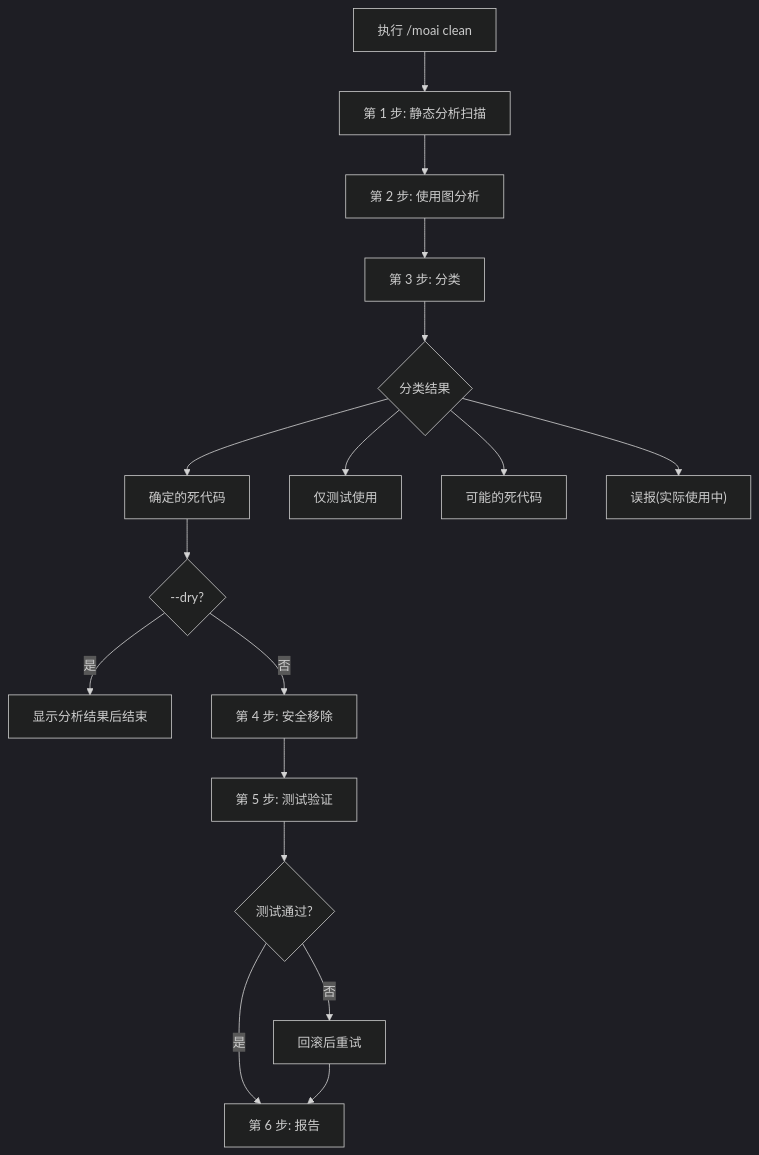
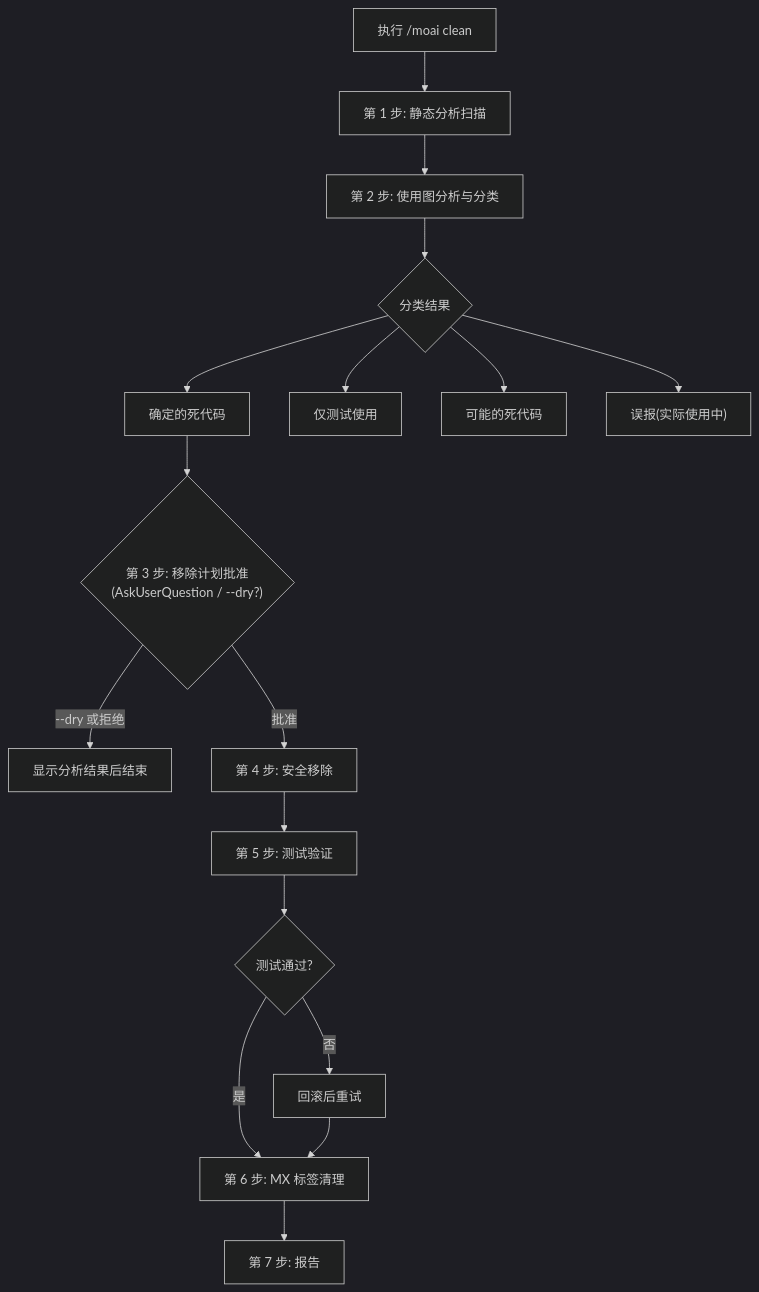
One commit to modu-ai/moai-adk changed the first of 2 diagrams in docs-site/content/zh/utility-commands/moai-clean.md. Above: the diagram before and after it, drawn with Mermaid (dark theme). The commit also changed other lines of this file and 86 other files, not shown here.

First line of the commit message:
docs(ossdocs): v3.1.1 doc-gap landing — 13-page x4-locale + mermaid fixes + version sync + backend-mix

````diff
--- a/docs-site/content/zh/utility-commands/moai-clean.md
+++ b/docs-site/content/zh/utility-commands/moai-clean.md
@@ -76,23 +76,22 @@
 ```mermaid
 flowchart TD
     Start["执行 /moai clean"] --> Phase1["第 1 步: 静态分析扫描"]
 
-    Phase1 --> Phase2["第 2 步: 使用图分析"]
-
-    Phase2 --> Phase3["第 3 步: 分类"]
-    Phase3 --> Classify{"分类结果"}
+    Phase1 --> Phase2["第 2 步: 使用图分析与分类"]
+    Phase2 --> Classify{"分类结果"}
     Classify --> Dead["确定的死代码"]
     Classify --> TestOnly["仅测试使用"]
     Classify --> Likely["可能的死代码"]
     Classify --> False["误报(实际使用中)"]
 
-    Dead --> Approval{"--dry?"}
-    Approval -->|是| Report["显示分析结果后结束"]
-    Approval -->|否| Phase4["第 4 步: 安全移除"]
+    Dead --> Phase3{"第 3 步: 移除计划批准<br/>(AskUserQuestion / --dry?)"}
+    Phase3 -->|--dry 或拒绝| Report["显示分析结果后结束"]
+    Phase3 -->|批准| Phase4["第 4 步: 安全移除"]
 
     Phase4 --> Phase5["第 5 步: 测试验证"]
     Phase5 --> Pass{"测试通过?"}
-    Pass -->|是| Phase6["第 6 步: 报告"]
     Pass -->|否| Rollback["回滚后重试"]
+    Pass -->|是| Phase6["第 6 步: MX 标签清理"]
     Rollback --> Phase6
+    Phase6 --> Phase7["第 7 步: 报告"]
 ```
````
